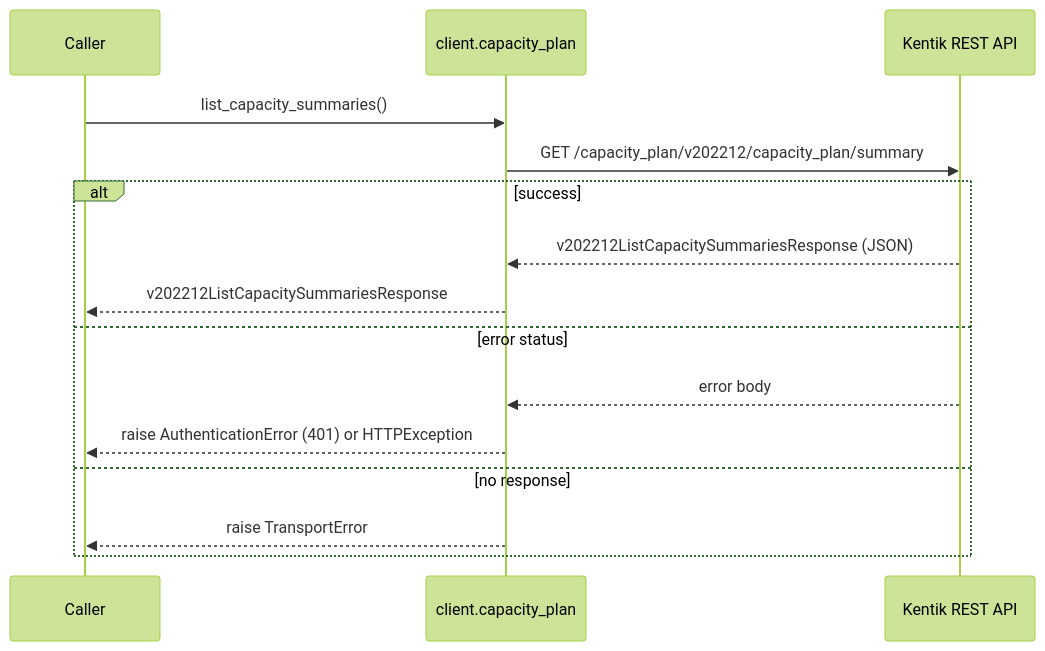
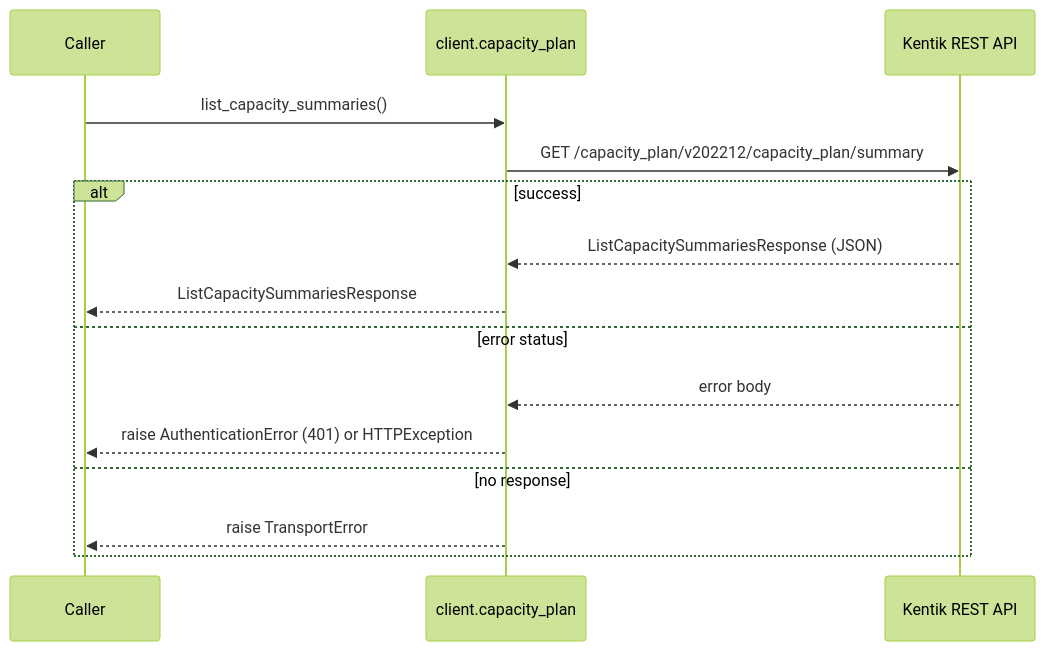
Before and after one commit to alexdearaujo/community_sdk_python: the fourth of 10 diagrams in docs/sphinx/services/capacity_plan.md, drawn with Mermaid (forest theme). The commit also changed other lines of this file and 38 other files, not shown here.

````diff
--- a/docs/sphinx/services/capacity_plan.md
+++ b/docs/sphinx/services/capacity_plan.md
@@ -106,18 +106,18 @@
 ```mermaid
 sequenceDiagram
     participant C as Caller
     participant W as client.capacity_plan
     participant API as Kentik REST API
 
     C->>W: list_capacity_summaries()
     W->>API: GET /capacity_plan/v202212/capacity_plan/summary
     alt success
-        API-->>W: v202212ListCapacitySummariesResponse (JSON)
-        W-->>C: v202212ListCapacitySummariesResponse
+        API-->>W: ListCapacitySummariesResponse (JSON)
+        W-->>C: ListCapacitySummariesResponse
     else error status
         API-->>W: error body
         W-->>C: raise AuthenticationError (401) or HTTPException
     else no response
         W-->>C: raise TransportError
     end
 ```
````
